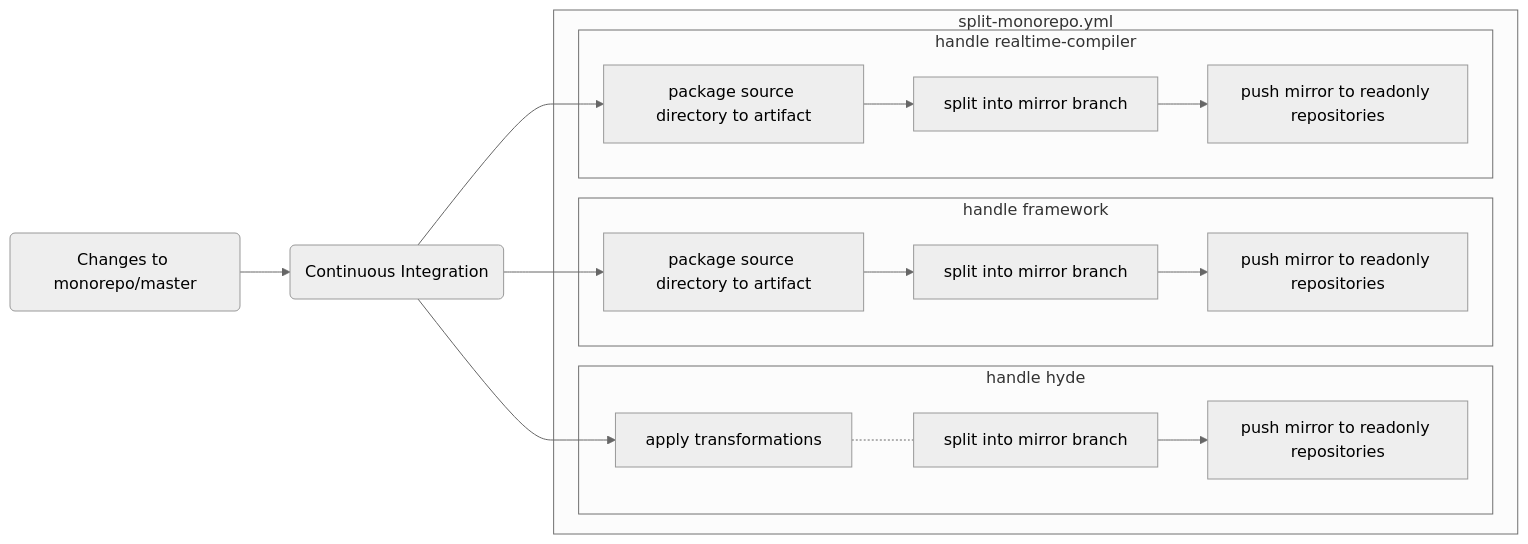
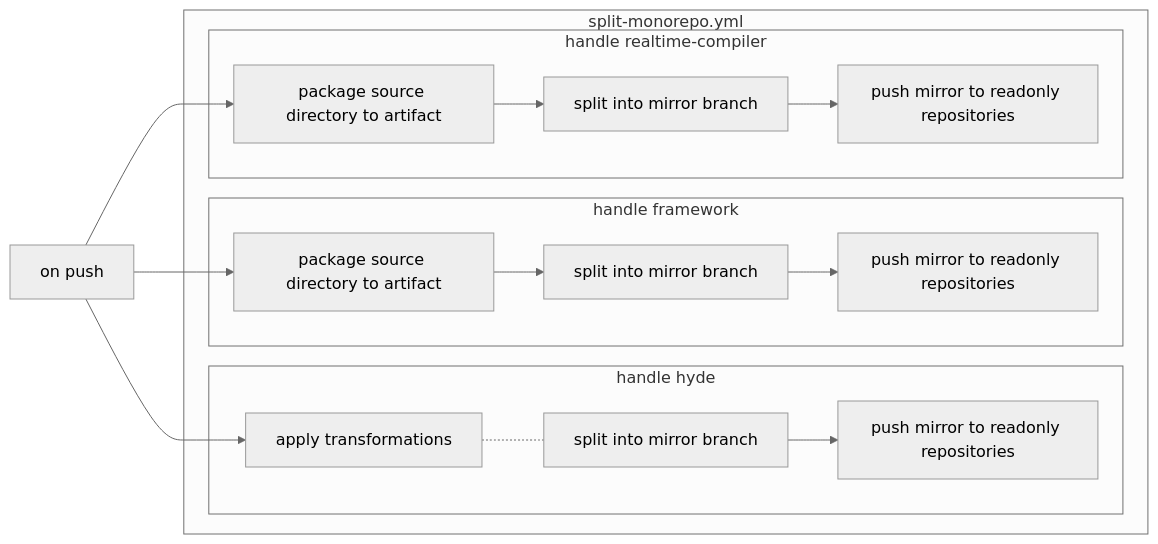
Before and after one commit to hydephp/develop: the diagram in docs/internal/monorepo.md, drawn with Mermaid (neutral theme). The commit also changed other lines of this file, not shown here.

Commit message:
Simplify graph

````diff
--- a/docs/internal/monorepo.md
+++ b/docs/internal/monorepo.md
@@ -3,20 +5,21 @@
 ```mermaid
 flowchart LR
-    p(Changes to monorepo/master) --> ci(Continuous Integration)
-   
-    ci --> phd
-    ci --> pfr
-    ci --> prc
-   
-    subgraph sm[split-monorepo.yml]
+
+  op[on push] 
+  
+  op --> phd
+  op --> pfr
+  op --> prc
+    
+  subgraph sm[split-monorepo.yml]
         subgraph hhd[handle hyde]
              phd[apply transformations] -.- shd[split into mirror branch] --> dhd[push mirror to readonly repositories]
         end 
         subgraph hfr[handle framework]
             pfr[package source directory to artifact] --> sfr[split into mirror branch] --> dfr[push mirror to readonly repositories]
         end
         subgraph hrc[handle realtime-compiler]
             prc[package source directory to artifact] --> src[split into mirror branch] --> drc[push mirror to readonly repositories]
         end
     end
 ```
````
